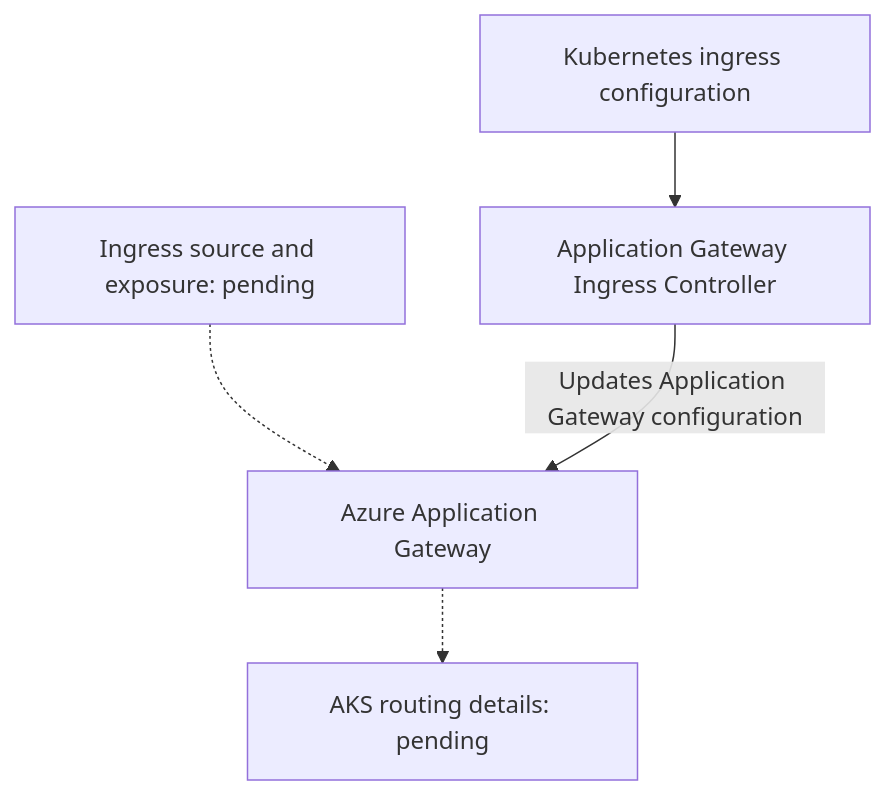
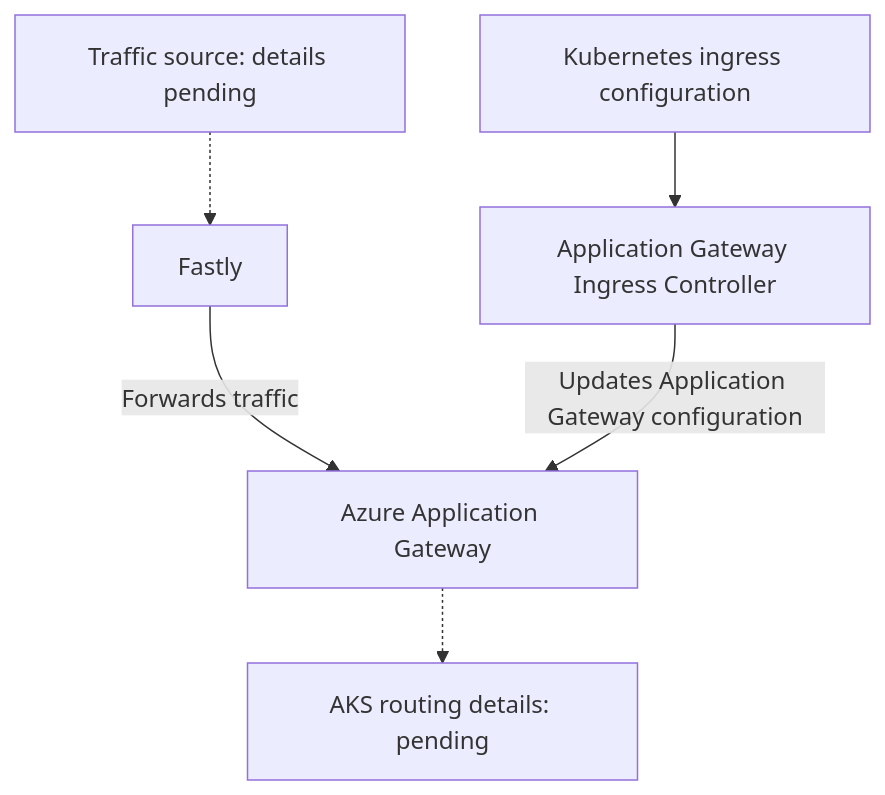
One commit to santosrodriguez/cloud-platform-documentation changed the diagram in platform-services/aks.md. Above: the diagram before and after it, drawn with Mermaid. The commit also changed other lines of this file and 10 other files, not shown here.

Commit message:
Document Fastly application ingress

````diff
--- a/platform-services/aks.md
+++ b/platform-services/aks.md
@@ -22,7 +24,8 @@
 ```mermaid
 flowchart TD
-    source["Ingress source and exposure: pending"] -.-> gateway["Azure Application Gateway"]
+    source["Traffic source: details pending"] -.-> fastly["Fastly"]
+    fastly -->|"Forwards traffic"| gateway["Azure Application Gateway"]
     ingress["Kubernetes ingress configuration"] --> agic["Application Gateway Ingress Controller"]
     agic -->|"Updates Application Gateway configuration"| gateway
     gateway -.-> workload["AKS routing details: pending"]
 ```
````
